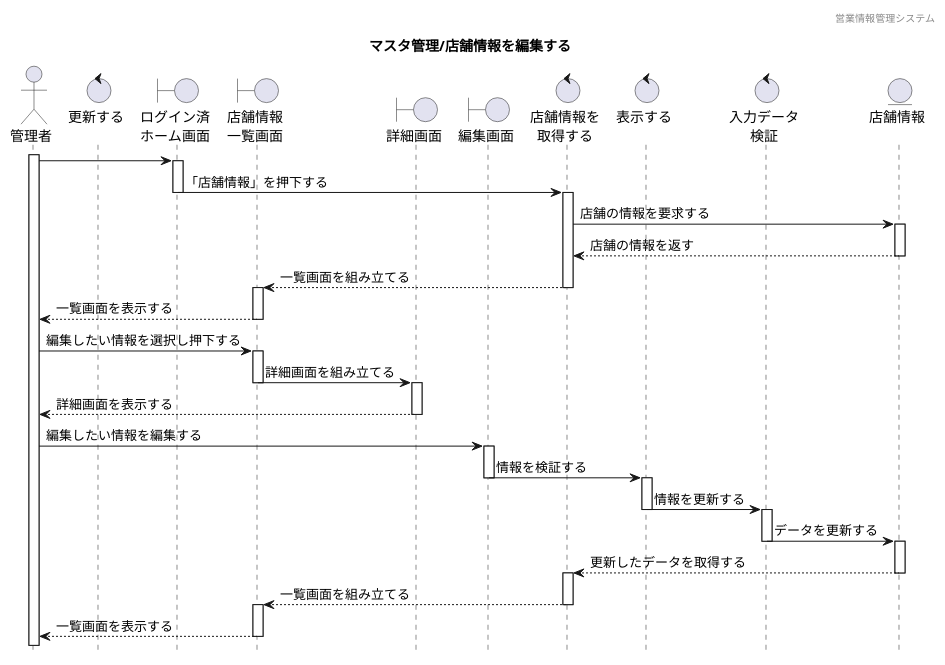
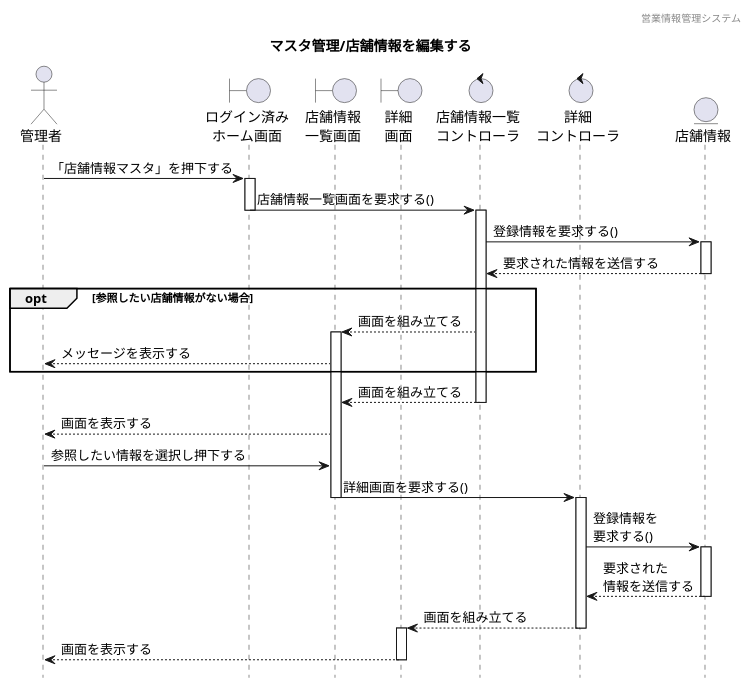
The diagram in 各種設計書/4シーケンス図/マスタ管理/2.店舗情報マスタ/未_店舗情報管理_編集.plantuml (HaruShim/Sotuken), drawn with PlantUML before and after one commit. The commit also changed 8 other files, not shown here.

```diff
--- a/各種設計書/4シーケンス図/マスタ管理/2.店舗情報マスタ/未_店舗情報管理_編集.plantuml
+++ b/各種設計書/4シーケンス図/マスタ管理/2.店舗情報マスタ/未_店舗情報管理_編集.plantuml
@@ -1,98 +1,63 @@
-@startuml ../../images/店舗情報マスタ/店舗情報管理_編集
+@startuml ../../images/従業員情報マスタ/従業員情報管理_参照
 
+' 下アイコン除去
 hide footbox
+' ヘッダー
 header 営業情報管理システム
+' タイトル
 title マスタ管理/店舗情報を編集する
+
 
 ' actor "" as 
 actor "管理者" as a1
-' boundary "" as
-boundary "ログイン済\nホーム画面" as b1
-boundary "店舗情報\n一覧画面" as b2
-boundary "詳細画面" as b3
-boundary "編集画面" as b4
-' control "" as 
-control "店舗情報を\n取得する" as c1
-control "表示する\n" as c2
-control "入力データ\n検証" as c3
-control "更新する\n" as c4
-' entity "" as
-entity "店舗情報\n" as e1
 
 ' boundary "" as 
-boundary "ログイン済ホーム画面 " as b1
-boundary "店舗情報一覧画面" as b2
-boundary "詳細画面" as b3
-boundary "編集画面" as b4
+boundary "ログイン済み\nホーム画面" as b1
+boundary "店舗情報\n一覧画面" as b2
+boundary "詳細\n画面" as b3
 
 ' control "" as 
-control "店舗情報を取得する" as c1
-control "入力情報検証" as c2
-control "更新する" as c3
+control "店舗情報一覧\nコントローラ" as c1
+control "詳細\nコントローラ" as c2
 
 ' entity "" as
 entity "店舗情報" as e1
 
-activate a1 
-a1 -> b1 :
+
+' ログイン済みホーム画面から一覧表示までのシーケンス
+a1 -> b1 : 「店舗情報マスタ」を押下する
 activate b1
-b1 -> c1 :「店舗情報」を押下する
+b1 -> c1 : 店舗情報一覧画面を要求する()
 deactivate b1
+activate c1
+c1 -> e1 : 登録情報を要求する()
+activate e1
+c1 <-- e1 : 要求された情報を送信する
+deactivate e1
 
-activate c1
-c1 -> e1 :店舗の情報を要求する
-activate e1
-e1 --> c1 :店舗の情報を返す
-deactivate e1
-c1 --> b2 : 一覧画面を組み立てる
+' 代替フロー
+opt 参照したい店舗情報がない場合
+b2 <-- c1 : 画面を組み立てる
+activate b2
+a1 <-- b2 : メッセージを表示する
+end
+
+b2 <-- c1 : 画面を組み立てる
 deactivate c1
 
-activate b2 
-b2 --> a1 :一覧画面を表示する
+a1 <-- b2 : 画面を表示する
+a1 -> b2 : 参照したい情報を選択し押下する
+b2 -> c2 : 詳細画面を要求する()
 deactivate b2
-
-
-a1 ->b2 : 編集したい情報を選択し押下する
-activate b2
-b2 -> b3 : 詳細画面を組み立てる
-deactivate b2
-
+activate c2
+c2 -> e1 : 登録情報を\n要求する()
+activate e1
+c2 <-- e1 : 要求された\n情報を送信する
+deactivate e1
+b3 <-- c2 : 画面を組み立てる
+deactivate c2
 activate b3
-b3 --> a1 :詳細画面を表示する
+a1 <-- b3 : 画面を表示する
 deactivate b3
 
-
-a1 -> b4 :編集したい情報を編集する
-activate b4
-b4 -> c2 :情報を検証する
-deactivate b4
-
-activate c2
-c2 -> c3 :情報を更新する
-deactivate c2
-
-activate c3
-c3 -> e1 :データを更新する
-deactivate
-
-activate e1
-e1 --> c1 :更新したデータを取得する
-deactivate e1
-
-activate c1
-c1 --> b2 :一覧画面を組み立てる
-deactivate c1
-
-activate b2 
-b2  -->  a1 : 一覧画面を表示する
-deactivate b2
-
-
-
-
-
-
-
-
-
 @enduml
```
